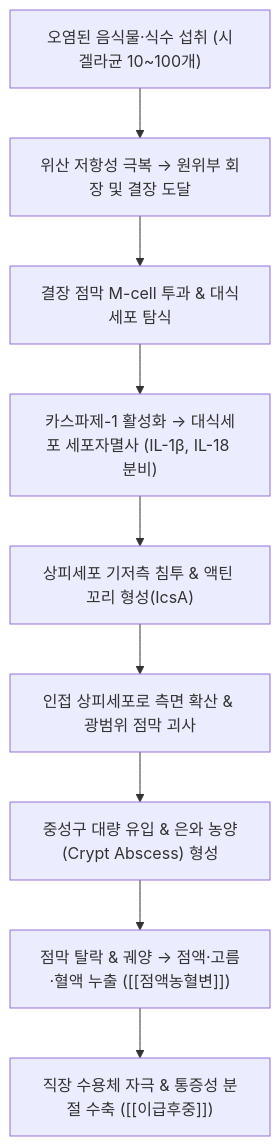
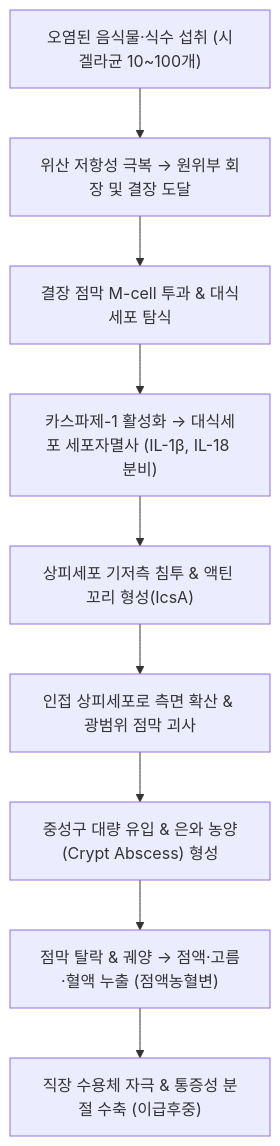
The diagram in content/3. 이론 공부/질환/소화기 질환/03_소장·대장·복막/이질.md (simbio11/simbio-digital-garden2), drawn with Mermaid before and after one commit. The commit also changed other lines of this file and 875 other files, not shown here.

````diff
--- a/content/3. 이론 공부/질환/소화기 질환/03_소장·대장·복막/이질.md
+++ b/content/3. 이론 공부/질환/소화기 질환/03_소장·대장·복막/이질.md
@@ -69,14 +62,14 @@
 ```mermaid
 graph TD
     Ingestion["오염된 음식물·식수 섭취 (시겔라균 10~100개)"] --> GastricSurvival["위산 저항성 극복 → 원위부 회장 및 결장 도달"]
     GastricSurvival --> MCellInvasion["결장 점막 M-cell 투과 & 대식세포 탐식"]
 
     MCellInvasion --> MacrophageApoptosis["카스파제-1 활성화 → 대식세포 세포자멸사 (IL-1β, IL-18 분비)"]
     MacrophageApoptosis --> BasolateralInvasion["상피세포 기저측 침투 & 액틴 꼬리 형성(IcsA)"]
     BasolateralInvasion --> CellToCellSpread["인접 상피세포로 측면 확산 & 광범위 점막 괴사"]
 
     CellToCellSpread --> NeutrophilInflux["중성구 대량 유입 & 은와 농양(Crypt Abscess) 형성"]
-    NeutrophilInflux --> MucosalUlcer["점막 탈락 & 궤양 → 점액·고름·혈액 누출 ([[점액농혈변]])"]
+    NeutrophilInflux --> MucosalUlcer["점막 탈락 & 궤양 → 점액·고름·혈액 누출 (점액농혈변)"]
 
-    MucosalUlcer --> RectalSpasm["직장 수용체 자극 & 통증성 분절 수축 ([[이급후중]])"]
+    MucosalUlcer --> RectalSpasm["직장 수용체 자극 & 통증성 분절 수축 (이급후중)"]
 ```
````
